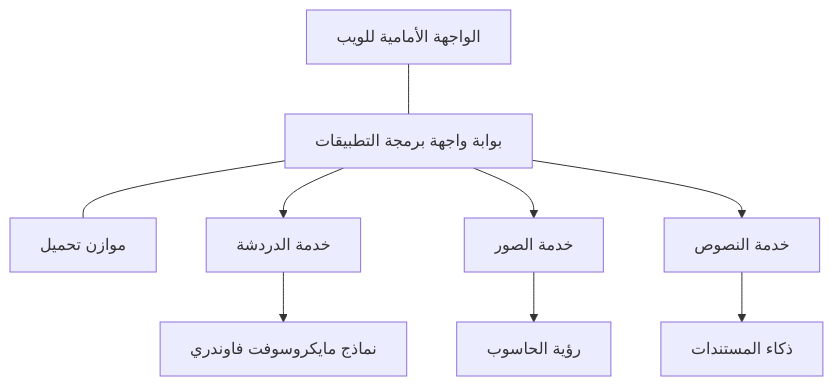
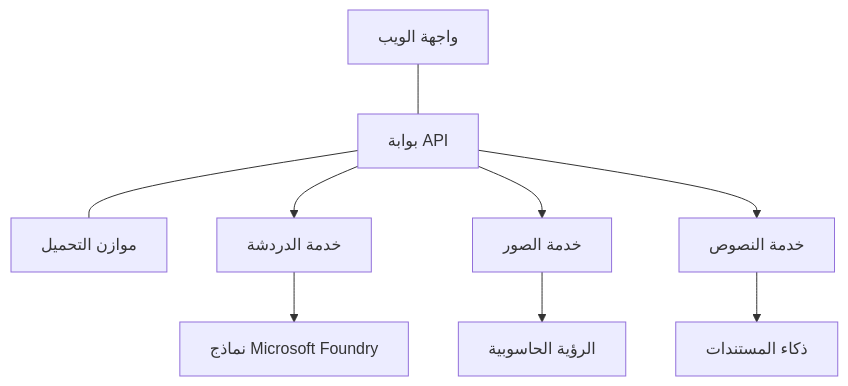
Before and after one commit to microsoft/AZD-for-beginners: the diagram in translations/ar/docs/chapter-08-production/production-ai-practices.md, drawn with Mermaid. The commit also changed other lines of this file and 104 other files, not shown here.

````diff
--- a/translations/ar/docs/chapter-08-production/production-ai-practices.md
+++ b/translations/ar/docs/chapter-08-production/production-ai-practices.md
@@ -30,10 +30,10 @@
 ```mermaid
 graph TD
-    Frontend[الواجهة الأمامية للويب] --- Gateway[بوابة واجهة برمجة التطبيقات] --- LB[موازن تحميل]
+    Frontend[واجهة الويب] --- Gateway[بوابة API] --- LB[موازن التحميل]
     Gateway --> Chat[خدمة الدردشة]
     Gateway --> Image[خدمة الصور]
     Gateway --> Text[خدمة النصوص]
-    Chat --> OpenAI[نماذج مايكروسوفت فاوندري]
-    Image --> Vision[رؤية الحاسوب]
+    Chat --> OpenAI[نماذج Microsoft Foundry]
+    Image --> Vision[الرؤية الحاسوبية]
     Text --> DocIntel[ذكاء المستندات]
 ```
````
